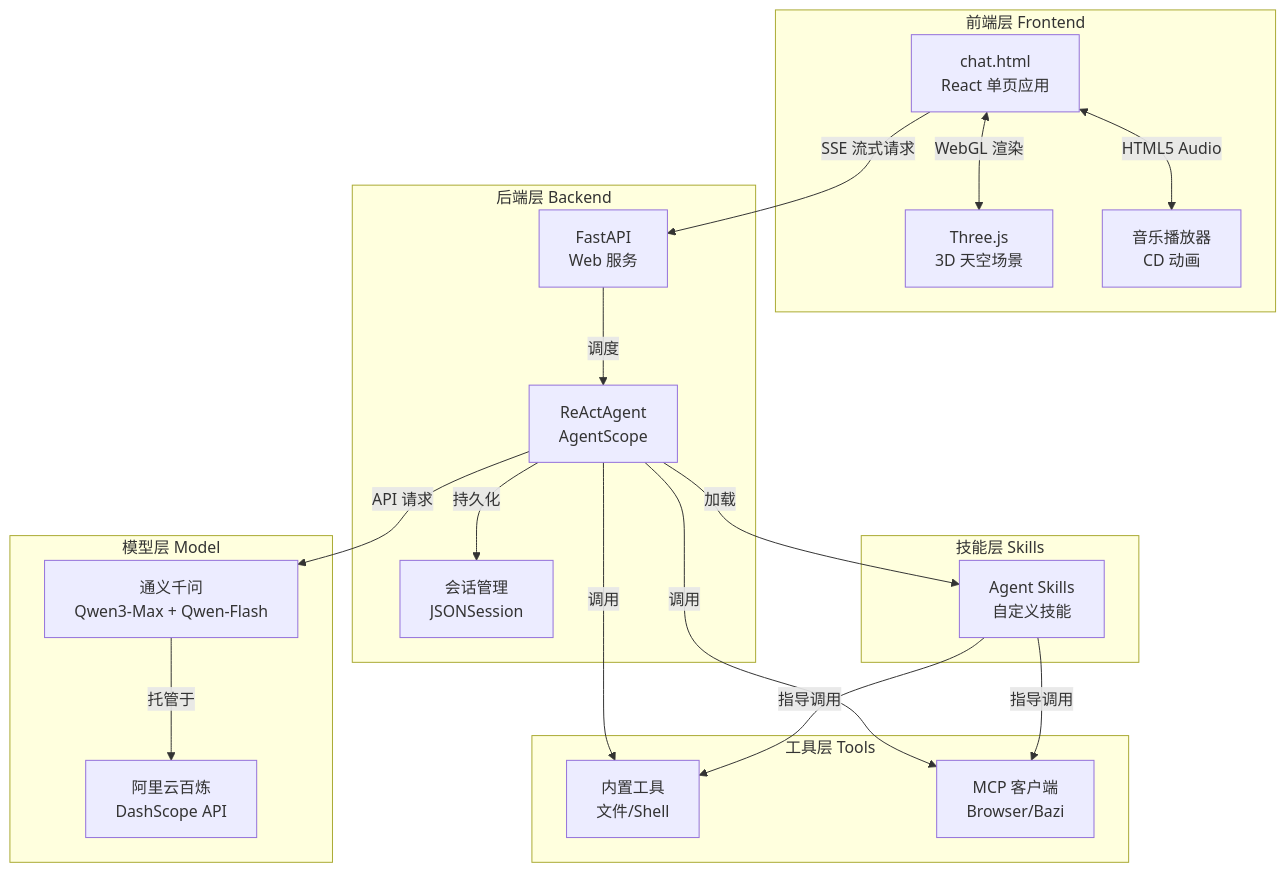
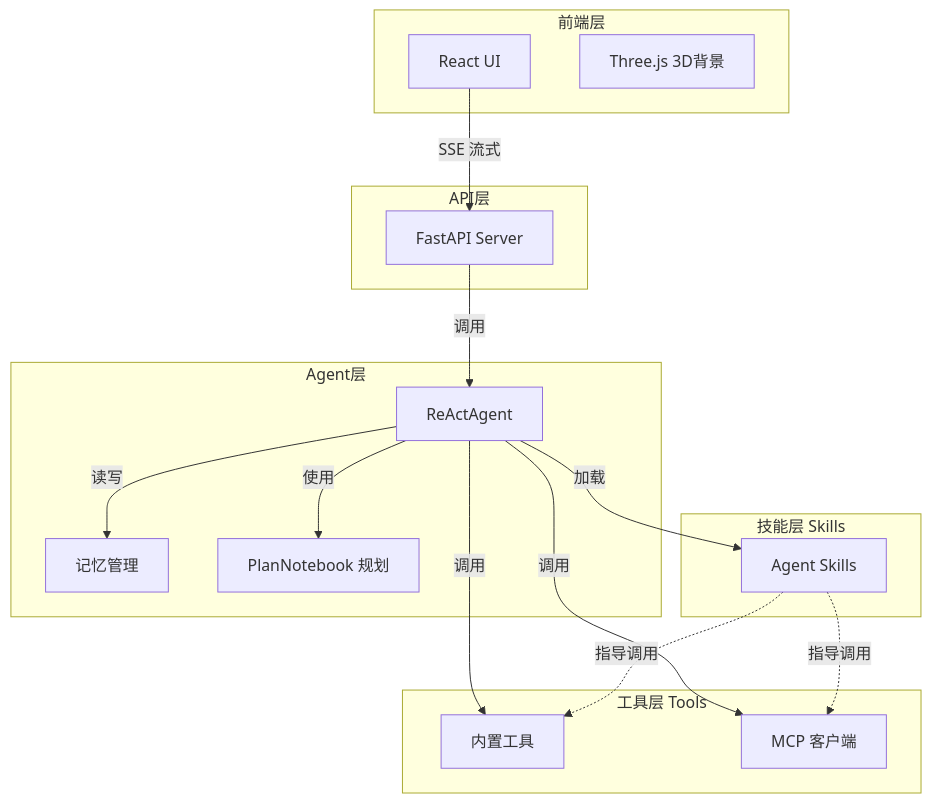
One commit to owenliang/openclaw changed the diagram in README.md. Above: the diagram before and after it, drawn with Mermaid. The commit also changed other lines of this file and 9 other files, not shown here.

````diff
--- a/README.md
+++ b/README.md
@@ -34,43 +30,36 @@
 ```mermaid
 graph TB
-    subgraph "前端层 Frontend"
-        A[chat.html<br/>React 单页应用]
-        B[Three.js<br/>3D 天空场景]
-        C[音乐播放器<br/>CD 动画]
+    subgraph "前端层"
+        UI[React UI]
+        ThreeJS[Three.js 3D背景]
     end
-    
-    subgraph "后端层 Backend"
-        D[FastAPI<br/>Web 服务]
-        E[ReActAgent<br/>AgentScope]
-        F[会话管理<br/>JSONSession]
+
+    subgraph "API层"
+        FastAPI[FastAPI Server]
     end
-    
+
+    subgraph "Agent层"
+        ReAct[ReActAgent]
+        Memory[记忆管理]
+        Plan[PlanNotebook 规划]
+    end
+
+    subgraph "技能层 Skills"
+        Skills[Agent Skills]
+    end
+
     subgraph "工具层 Tools"
-        G[内置工具<br/>文件/Shell]
-        H[MCP 客户端<br/>Browser/Bazi]
+        BuiltIn[内置工具]
+        MCP[MCP 客户端]
     end
-    
-    subgraph "技能层 Skills"
-        I[Agent Skills<br/>自定义技能]
-    end
-    
-    subgraph "模型层 Model"
-        J[通义千问<br/>Qwen3-Max + Qwen-Flash]
-        K[阿里云百炼<br/>DashScope API]
-    end
-    
-    A -->|SSE 流式请求| D
-    A <-->|WebGL 渲染| B
-    A <-->|HTML5 Audio| C
-    D -->|调度| E
-    E -->|调用| G
-    E -->|调用| H
-    E -->|加载| I
-    I -->|指导调用| G
-    I -->|指导调用| H
-    E -->|API 请求| J
-    J -->|托管于| K
-    E -->|持久化| F
-    
 
+    UI -->|SSE 流式| FastAPI
+    FastAPI -->|调用| ReAct
+    ReAct -->|加载| Skills
+    ReAct -->|调用| BuiltIn
+    ReAct -->|调用| MCP
+    Skills -.->|指导调用| BuiltIn
+    Skills -.->|指导调用| MCP
+    ReAct -->|读写| Memory
+    ReAct -->|使用| Plan
 ```
````
